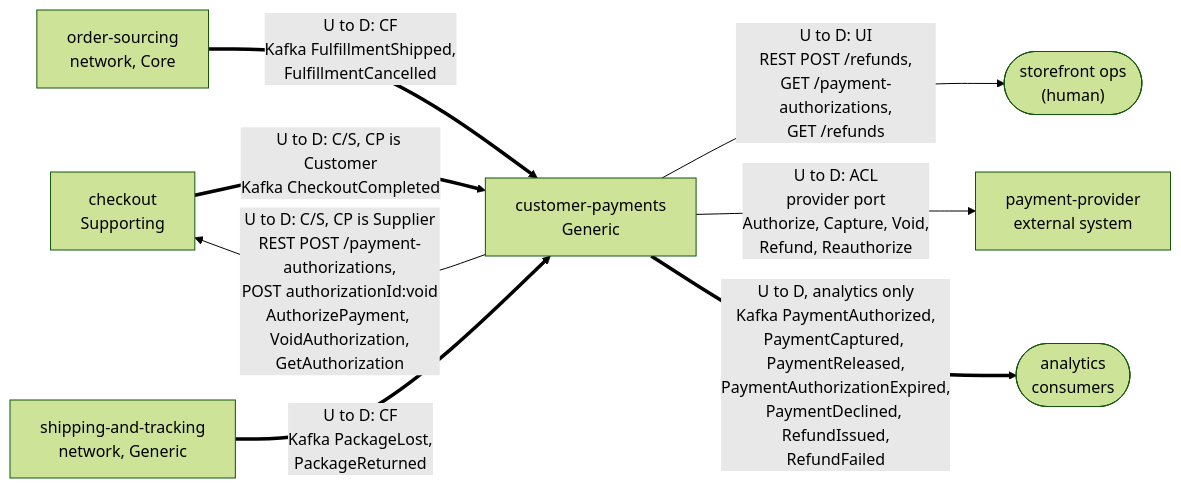
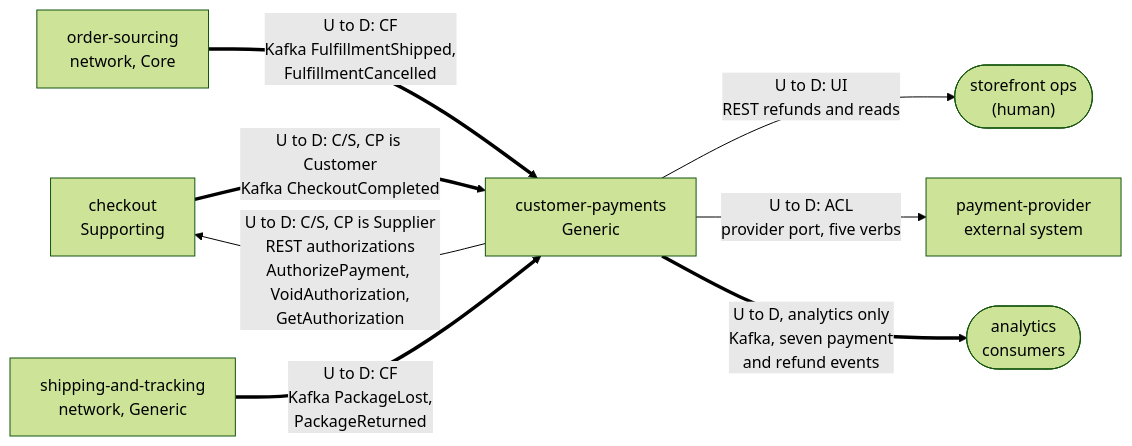
The diagram in storefront/docs/contexts/customer-payments/context-map.md (IQVO/warehouse-docs), drawn with Mermaid (forest theme) before and after one commit. The commit also changed other lines of this file and 7 other files, not shown here.

Commit message:
docs(storefront): wire customer-payments pack into sidebar and contexts index; tighten diagram widths

````diff
--- a/storefront/docs/contexts/customer-payments/context-map.md
+++ b/storefront/docs/contexts/customer-payments/context-map.md
@@ -20,18 +20,18 @@
 ```mermaid
 flowchart LR
     CK["checkout<br/>Supporting"]
     OPS(["storefront ops<br/>(human)"])
     OS["order-sourcing<br/>network, Core"]
     ST["shipping-and-tracking<br/>network, Generic"]
     PSP["payment-provider<br/>external system"]
     AN(["analytics<br/>consumers"])
     CP["customer-payments<br/>Generic"]
 
-    CP -->|"U to D: C/S, CP is Supplier<br/>REST POST /payment-authorizations,<br/>POST authorizationId:void<br/>AuthorizePayment, VoidAuthorization,<br/>GetAuthorization"| CK
+    CP -->|"U to D: C/S, CP is Supplier<br/>REST authorizations<br/>AuthorizePayment, VoidAuthorization,<br/>GetAuthorization"| CK
     CK ==>|"U to D: C/S, CP is Customer<br/>Kafka CheckoutCompleted"| CP
-    CP -->|"U to D: UI<br/>REST POST /refunds,<br/>GET /payment-authorizations,<br/>GET /refunds"| OPS
+    CP -->|"U to D: UI<br/>REST refunds and reads"| OPS
     OS ==>|"U to D: CF<br/>Kafka FulfillmentShipped,<br/>FulfillmentCancelled"| CP
     ST ==>|"U to D: CF<br/>Kafka PackageLost,<br/>PackageReturned"| CP
-    CP -->|"U to D: ACL<br/>provider port<br/>Authorize, Capture, Void,<br/>Refund, Reauthorize"| PSP
-    CP ==>|"U to D, analytics only<br/>Kafka PaymentAuthorized,<br/>PaymentCaptured, PaymentReleased,<br/>PaymentAuthorizationExpired,<br/>PaymentDeclined, RefundIssued,<br/>RefundFailed"| AN
+    CP -->|"U to D: ACL<br/>provider port, five verbs"| PSP
+    CP ==>|"U to D, analytics only<br/>Kafka, seven payment<br/>and refund events"| AN
 ```
````
